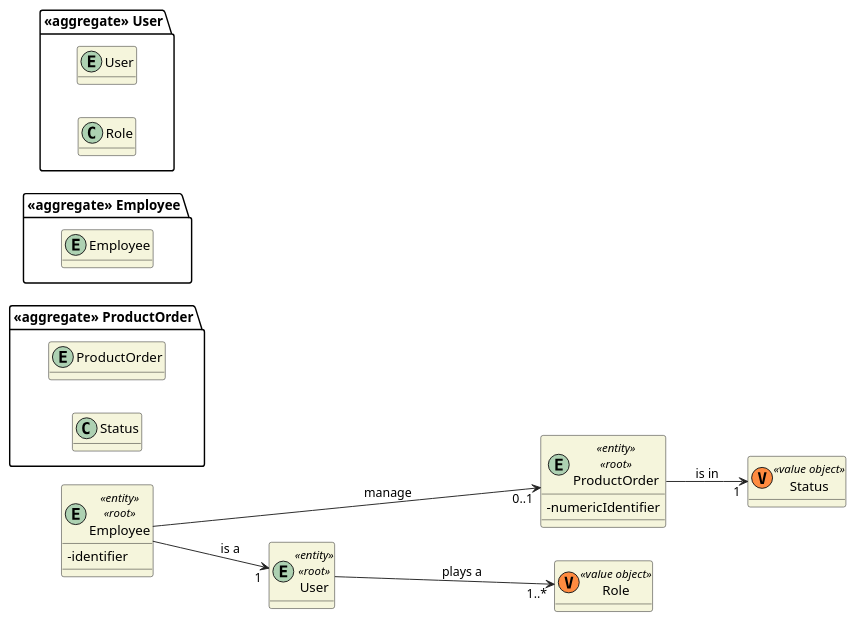
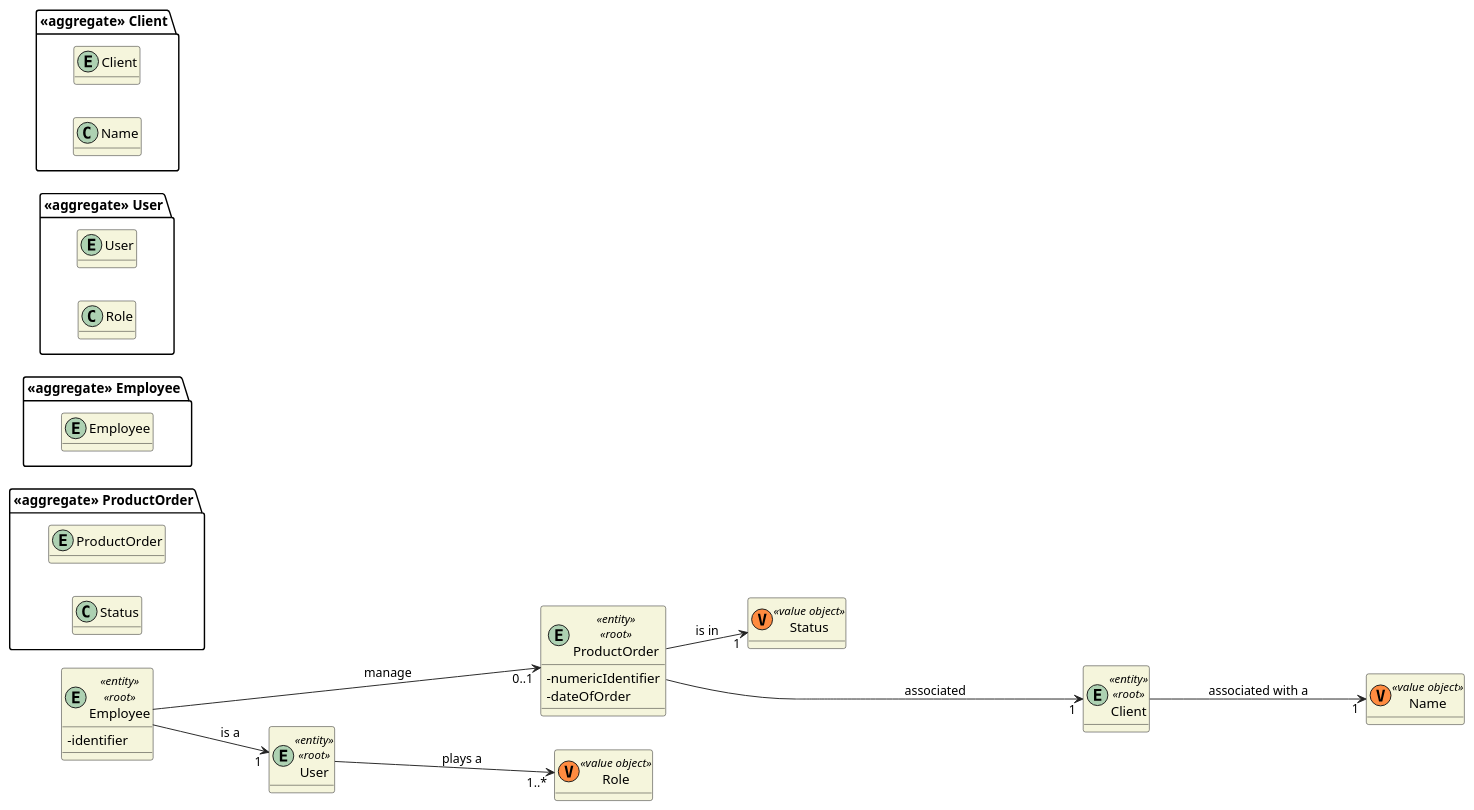
Before and after one commit to 0franciscor/lei21_22_s4_2de_01: the diagram in docs/1201386/US1006/DM_Orders.puml, drawn with PlantUML. The commit also changed 6 other files, not shown here.

```diff
--- a/docs/1201386/US1006/DM_Orders.puml
+++ b/docs/1201386/US1006/DM_Orders.puml
@@ -1,49 +1,62 @@
 @startuml
 'https://plantuml.com/class-diagram
 
 skinparam classAttributeIconSize 0
 hide empty attributes
 left to right direction
 skinparam classBackgroundColor beige
 skinparam ArrowColor #222222
 
 package "<<aggregate>> ProductOrder"{
     entity ProductOrder
     class Status
 }
 
 entity ProductOrder <<entity>> <<root>> {
 - numericIdentifier
+- dateOfOrder
 }
 
 class Status <<(V,#FF8B40) value object>> {}
 
 
 package "<<aggregate>> Employee" {
     entity Employee
 }
 
 entity Employee <<entity>> <<root>> {
     -identifier
 }
 
 package "<<aggregate>> User" {
     entity User
     class Role
 }
 
 entity User <<entity>> <<root>> {
 
 }
 
 class Role <<(V,#FF8B40) value object>> {}
 
+package "<<aggregate>> Client" {
+    entity Client
+    class Name
+}
+
+entity Client <<entity>> <<root>> {
+
+}
+class Name <<(V,#FF8B40) value object>> {}
+
+
 User ---> "1..*" Role : plays a
 
 Employee --> "1" User : is a
 
 Employee  ----> "0..1" ProductOrder : manage
 ProductOrder --> "1" Status : is in
-
+ProductOrder -----> "1" Client : associated
+Client ---> "1" Name: associated with a
 
 @enduml
```
